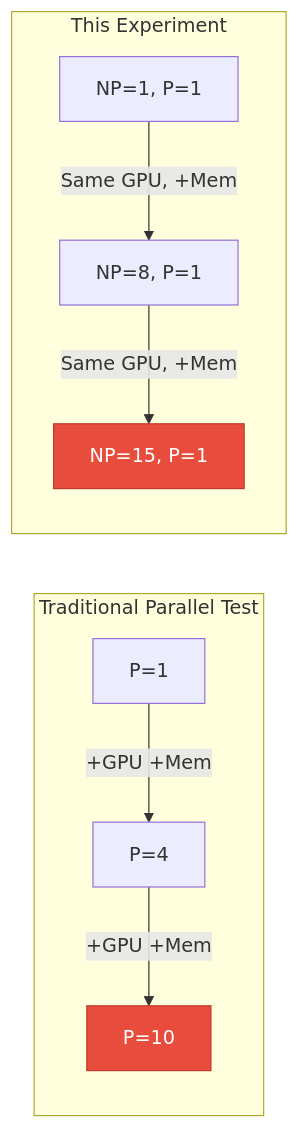
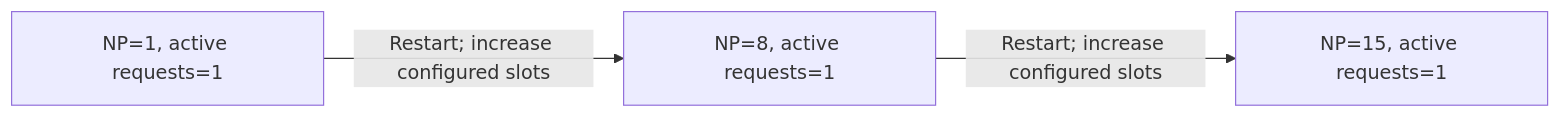
Before and after one commit to rockyRunnr/rockyRunnr.github.io: the first of 3 diagrams in _posts/2026-02-25-ollama-memory-pressure-experiment.md, drawn with Mermaid. The commit also changed other lines of this file and 8 other files, not shown here.

````diff
--- a/_posts/2026-02-25-ollama-memory-pressure-experiment.md
+++ b/_posts/2026-02-25-ollama-memory-pressure-experiment.md
@@ -31,15 +21,5 @@
 ```mermaid
 flowchart LR
-    subgraph "Traditional Parallel Test"
-        A1["P=1"] -->|"+GPU +Mem"| A2["P=4"]
-        A2 -->|"+GPU +Mem"| A3["P=10"]
-    end
-
-    subgraph "This Experiment"
-        B1["NP=1, P=1"] -->|"Same GPU, +Mem"| B2["NP=8, P=1"]
-        B2 -->|"Same GPU, +Mem"| B3["NP=15, P=1"]
-    end
-
-    style A3 fill:#e74c3c,stroke:#c0392b,color:#fff
-    style B3 fill:#e74c3c,stroke:#c0392b,color:#fff
+    A["NP=1, active requests=1"] -->|"Restart; increase configured slots"| B["NP=8, active requests=1"]
+    B -->|"Restart; increase configured slots"| C["NP=15, active requests=1"]
 ```
````
